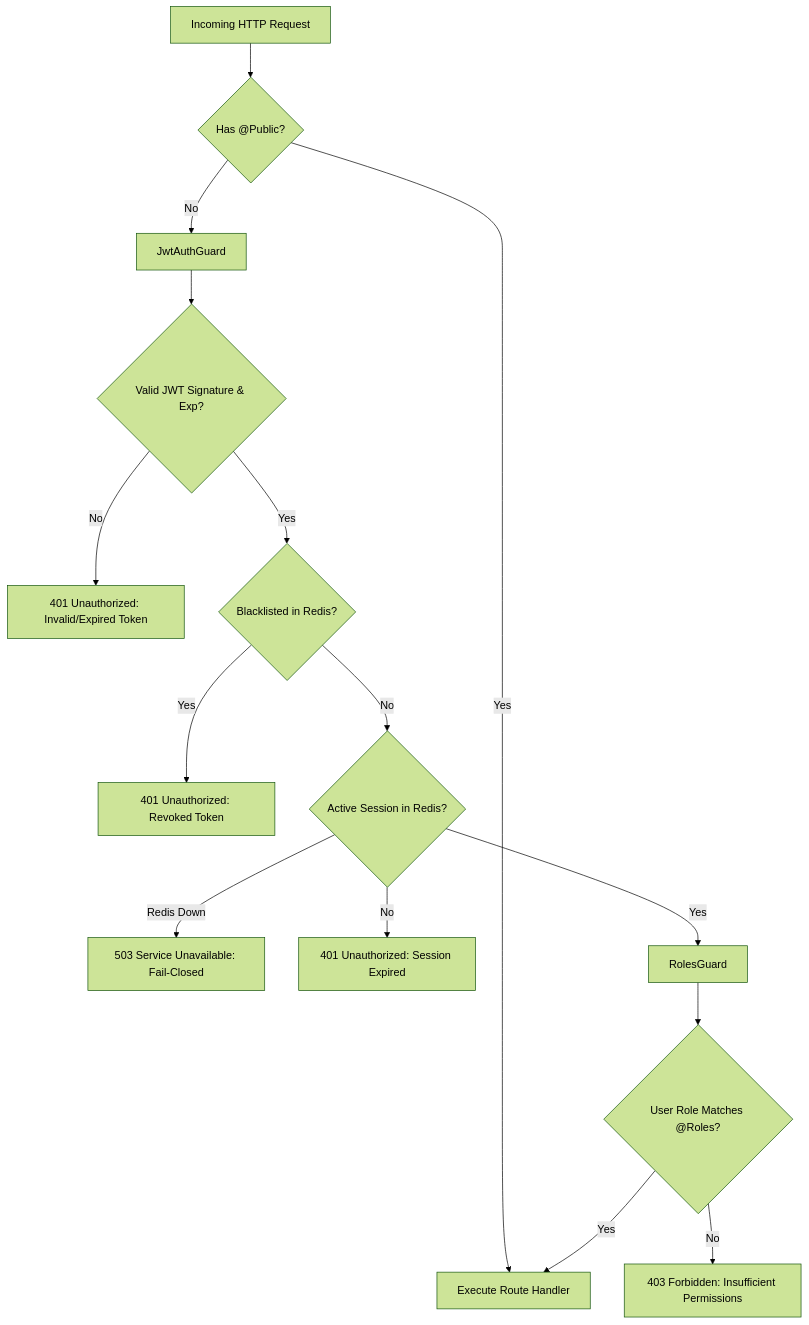
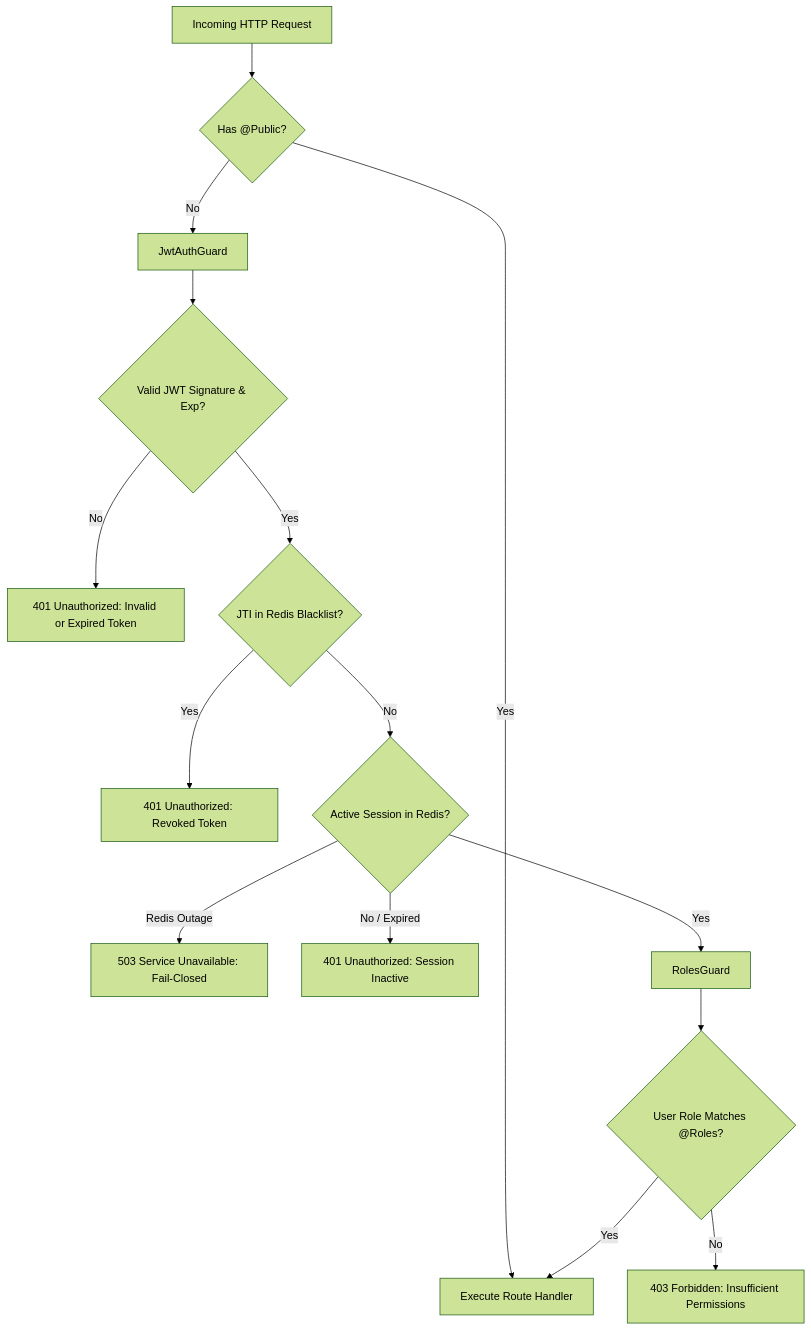
Before and after one commit to faryporza/his-microservices-assignment: the second of 2 diagrams in README.md, drawn with Mermaid (forest theme). The commit also changed other lines of this file and 1 other file, not shown here.

Commit message:
docs: update README.md and his.postman_collection.json with full IAM, RBAC, and E2E choreography flow

````diff
--- a/README.md
+++ b/README.md
@@ -151,21 +86,21 @@
 ```mermaid
 flowchart TD
     Req[Incoming HTTP Request] --> AuthCheck{Has @Public?}
     AuthCheck -- Yes --> Handler[Execute Route Handler]
     AuthCheck -- No --> Guard[JwtAuthGuard]
     
     Guard --> VerifyJWT{Valid JWT Signature & Exp?}
-    VerifyJWT -- No --> Err401A[401 Unauthorized: Invalid/Expired Token]
-    VerifyJWT -- Yes --> BlacklistCheck{Blacklisted in Redis?}
+    VerifyJWT -- No --> Err401A[401 Unauthorized: Invalid or Expired Token]
+    VerifyJWT -- Yes --> BlacklistCheck{JTI in Redis Blacklist?}
     
     BlacklistCheck -- Yes --> Err401B[401 Unauthorized: Revoked Token]
     BlacklistCheck -- No --> SessionCheck{Active Session in Redis?}
     
-    SessionCheck -- Redis Down --> Err503[503 Service Unavailable: Fail-Closed]
-    SessionCheck -- No --> Err401C[401 Unauthorized: Session Expired]
+    SessionCheck -- Redis Outage --> Err503[503 Service Unavailable: Fail-Closed]
+    SessionCheck -- No / Expired --> Err401C[401 Unauthorized: Session Inactive]
     SessionCheck -- Yes --> RoleGuard[RolesGuard]
     
     RoleGuard --> RoleCheck{User Role Matches @Roles?}
     RoleCheck -- No --> Err403[403 Forbidden: Insufficient Permissions]
     RoleCheck -- Yes --> Handler
 ```
````
